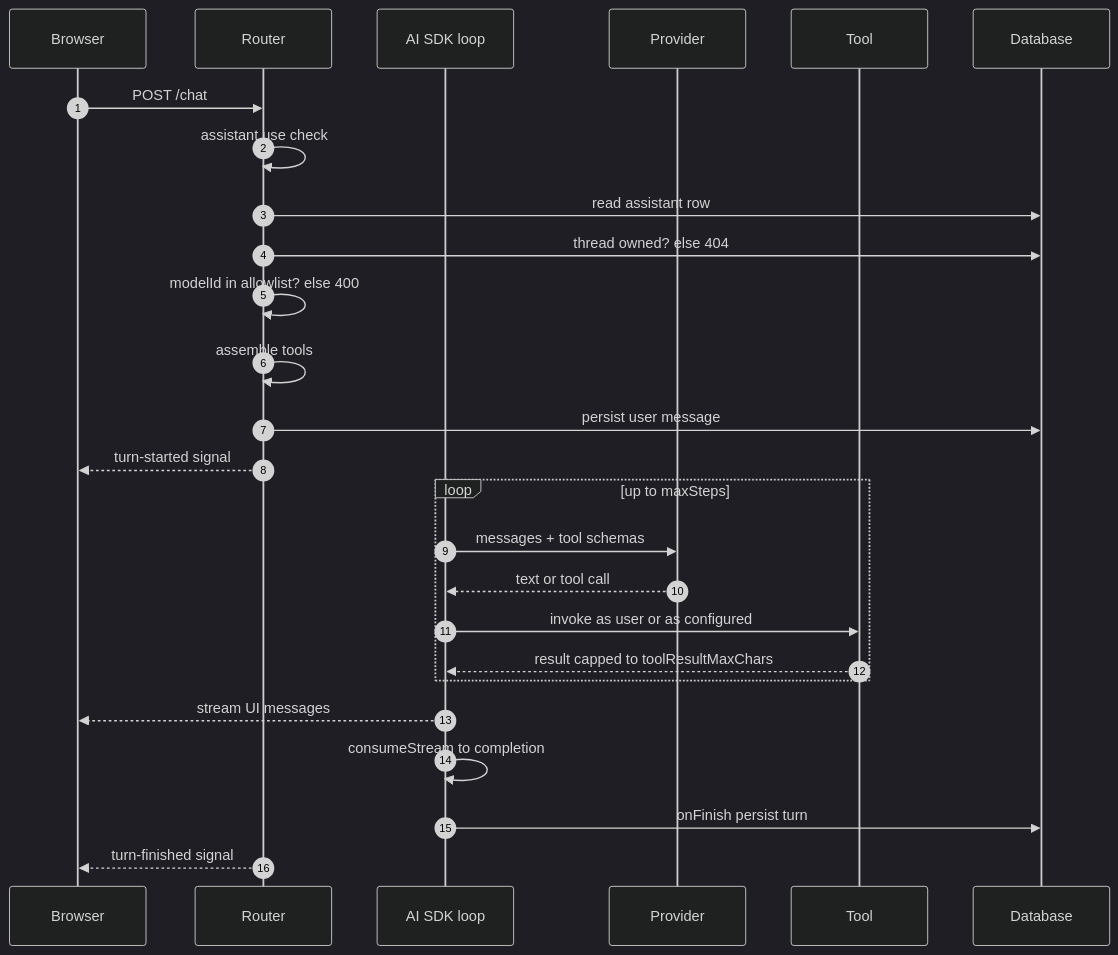
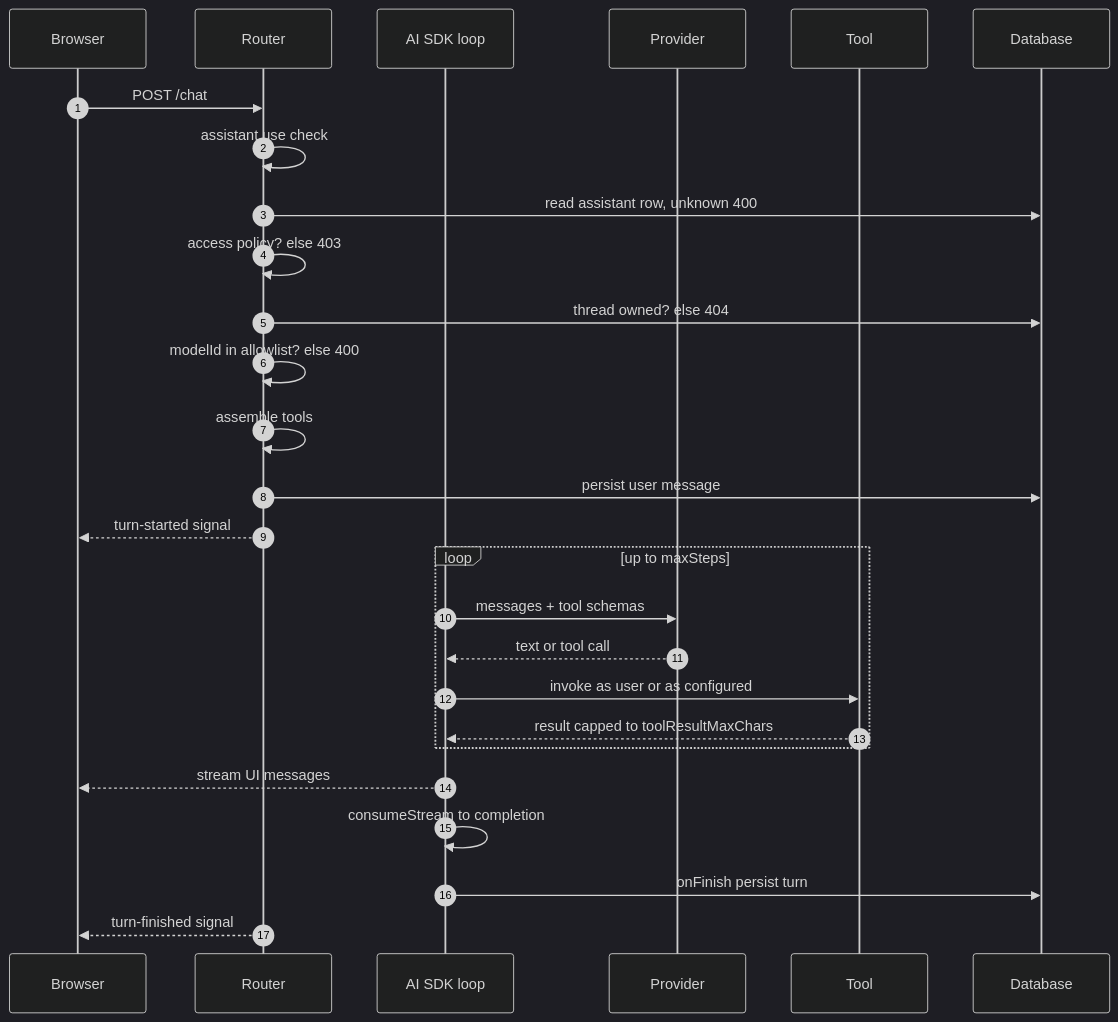
The second of 6 diagrams in docs/architecture.md (drewswiredin/backstage-assistants), drawn with Mermaid (dark theme) before and after one commit. The commit also changed other lines of this file and 25 other files, not shown here.

````diff
--- a/docs/architecture.md
+++ b/docs/architecture.md
@@ -95,28 +95,29 @@
 ```mermaid
 sequenceDiagram
   autonumber
   participant B as Browser
   participant R as Router
   participant L as AI SDK loop
   participant P as Provider
   participant T as Tool
   participant D as Database
   B->>R: POST /chat
   R->>R: assistant.use check
-  R->>D: read assistant row
+  R->>D: read assistant row, unknown 400
+  R->>R: access policy? else 403
   R->>D: thread owned? else 404
   R->>R: modelId in allowlist? else 400
   R->>R: assemble tools
   R->>D: persist user message
   R-->>B: turn-started signal
   loop up to maxSteps
     L->>P: messages + tool schemas
     P-->>L: text or tool call
     L->>T: invoke as user or as configured
     T-->>L: result capped to toolResultMaxChars
   end
   L-->>B: stream UI messages
   L->>L: consumeStream to completion
   L->>D: onFinish persist turn
   R-->>B: turn-finished signal
 ```
````
